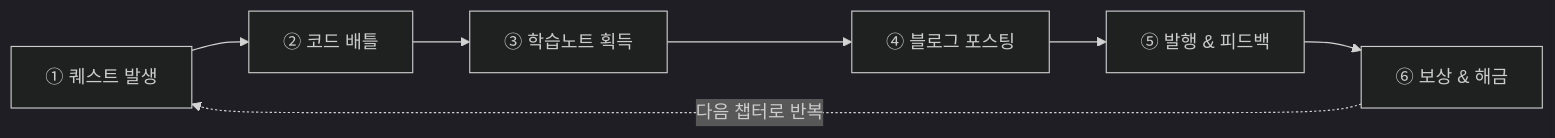
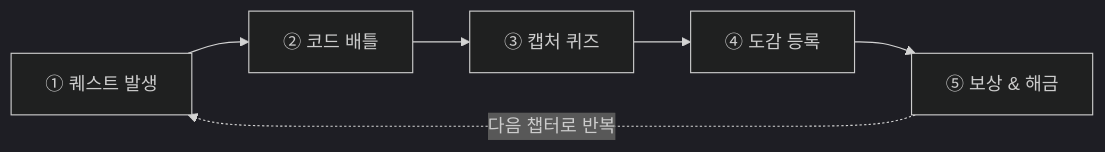
One commit to codingnanyong/codigdex changed the first of 2 diagrams in docs/GAME_DESIGN.md. Above: the diagram before and after it, drawn with Mermaid (dark theme). The commit also changed other lines of this file and 2 other files, not shown here.

````diff
--- a/docs/GAME_DESIGN.md
+++ b/docs/GAME_DESIGN.md
@@ -38,9 +40,8 @@
 ```mermaid
 flowchart LR
     A["① 퀘스트 발생"] --> B["② 코드 배틀"]
-    B --> C["③ 학습노트 획득"]
-    C --> D["④ 블로그 포스팅"]
-    D --> E["⑤ 발행 & 피드백"]
-    E --> F["⑥ 보상 & 해금"]
-    F -. "다음 챕터로 반복" .-> A
+    B --> C["③ 캡처 퀴즈"]
+    C --> D["④ 도감 등록"]
+    D --> E["⑤ 보상 & 해금"]
+    E -. "다음 챕터로 반복" .-> A
 ```
````
